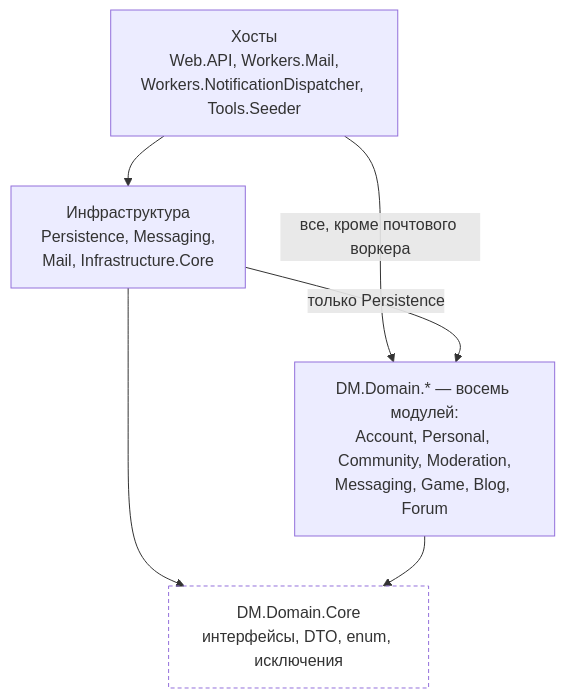
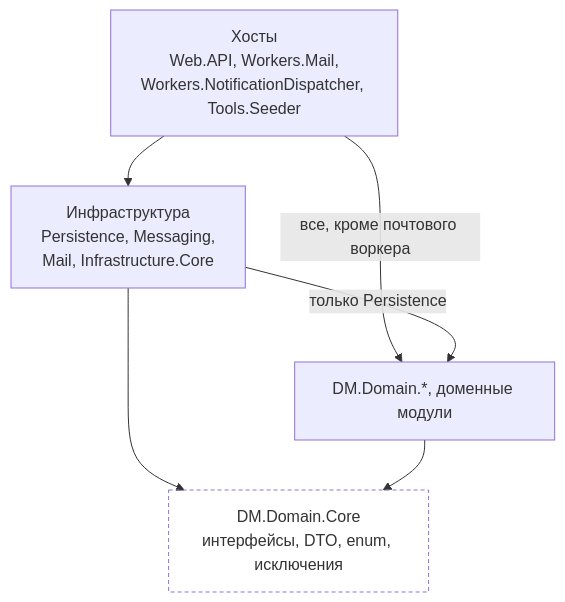
One commit to dm-am/dm3 changed the second of 3 diagrams in docs/architecture/SYSTEM.md. Above: the diagram before and after it, drawn with Mermaid. The commit also changed other lines of this file and 4527 other files, not shown here.

````diff
--- a/docs/architecture/SYSTEM.md
+++ b/docs/architecture/SYSTEM.md
@@ -104,16 +79,16 @@
 ```mermaid
 flowchart TB
     hosts["Хосты<br/>Web.API, Workers.Mail,<br/>Workers.NotificationDispatcher, Tools.Seeder"]
     infra["Инфраструктура<br/>Persistence, Messaging,<br/>Mail, Infrastructure.Core"]
-    domain["DM.Domain.* — восемь модулей:<br/>Account, Personal, Community, Moderation,<br/>Messaging, Game, Blog, Forum"]
+    domain["DM.Domain.*, доменные модули"]
     core["DM.Domain.Core<br/>интерфейсы, DTO, enum, исключения"]
 
     hosts --> infra
     hosts -->|"все, кроме почтового воркера"| domain
     infra -->|"только Persistence"| domain
     infra --> core
     domain --> core
 
     classDef leaf fill:transparent,stroke-dasharray: 4 3
     class core leaf
 ```
````
